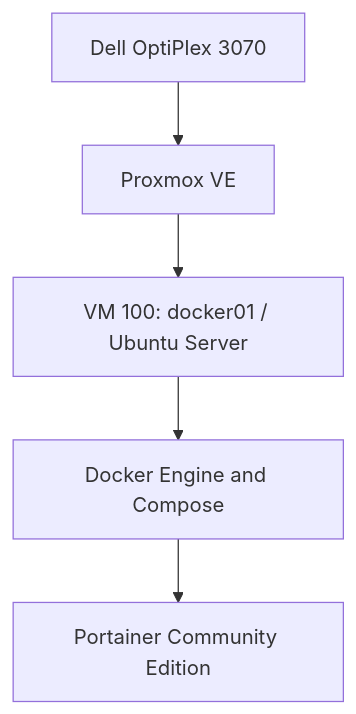
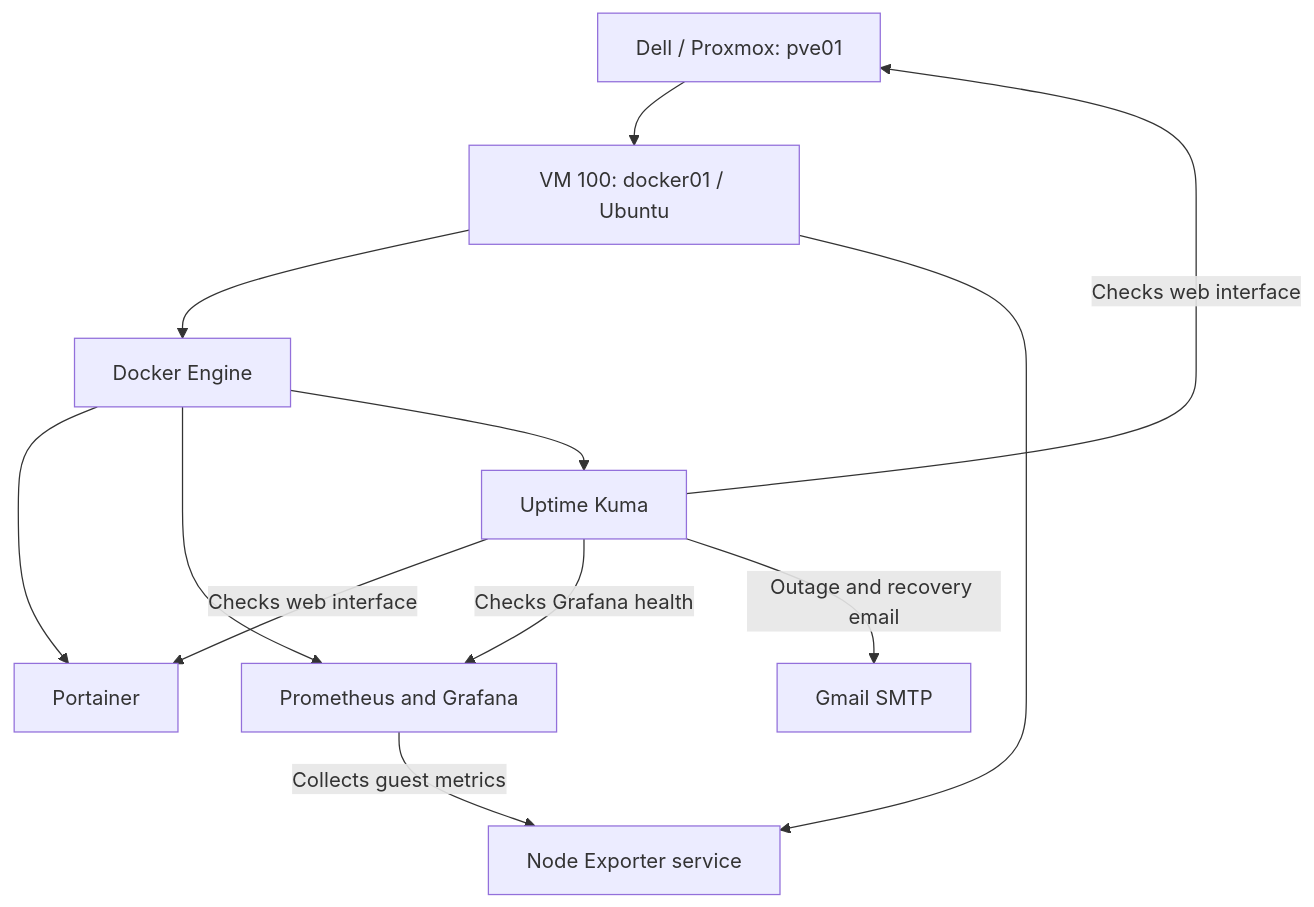
The diagram in README.md (HoseaCodes/HomeLab), drawn with Mermaid before and after one commit. The commit also changed other lines of this file, not shown here.

````diff
--- a/README.md
+++ b/README.md
@@ -37,7 +39,14 @@
 ```mermaid
 flowchart TD
-    A["Dell OptiPlex 3070"] --> B["Proxmox VE"]
-    B --> C["VM 100: docker01 / Ubuntu Server"]
-    C --> D["Docker Engine and Compose"]
-    D --> E["Portainer Community Edition"]
+    P["Dell / Proxmox: pve01"] --> V["VM 100: docker01 / Ubuntu"]
+    V --> D["Docker Engine"]
+    V --> N["Node Exporter service"]
+    D --> T["Portainer"]
+    D --> M["Prometheus and Grafana"]
+    D --> K["Uptime Kuma"]
+    M -->|"Collects guest metrics"| N
+    K -->|"Checks web interface"| P
+    K -->|"Checks web interface"| T
+    K -->|"Checks Grafana health"| M
+    K -->|"Outage and recovery email"| G["Gmail SMTP"]
 ```
````
